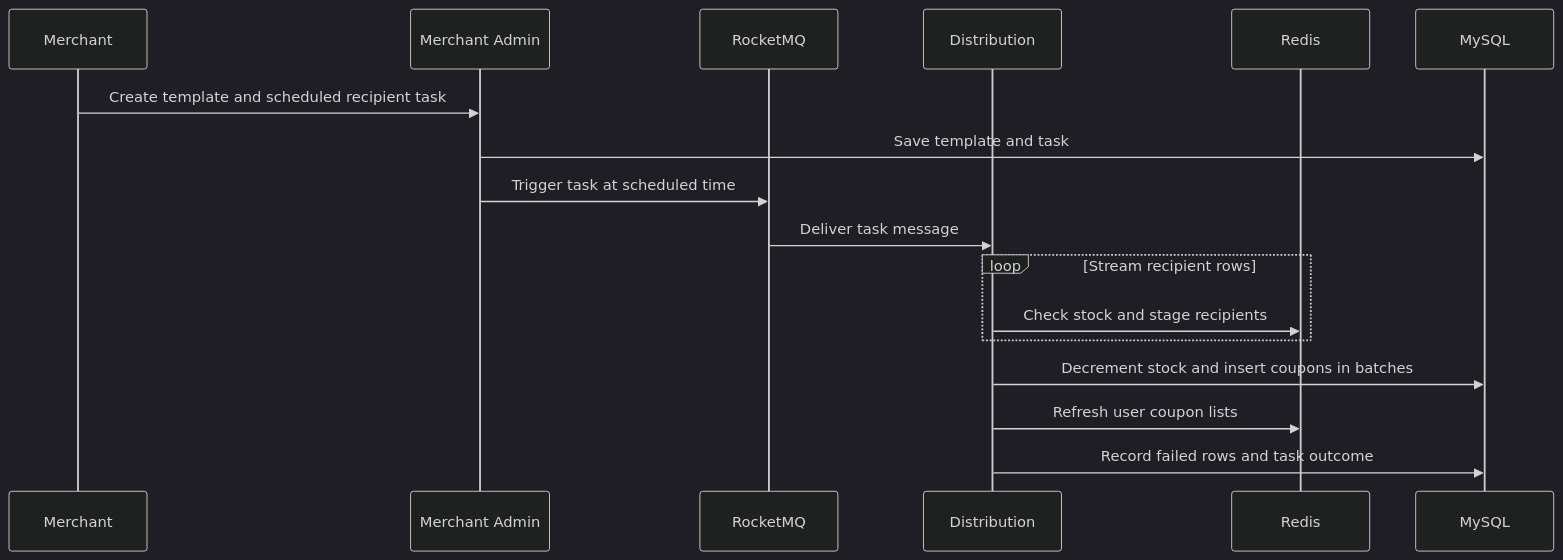
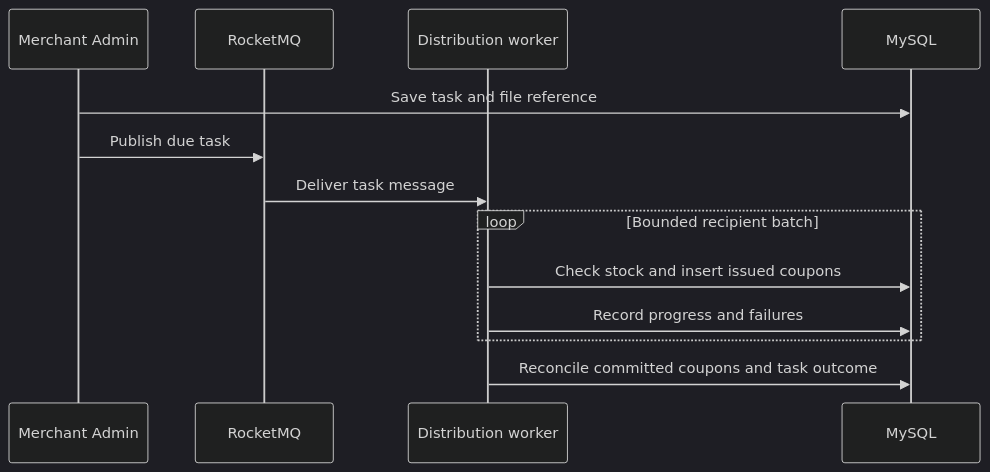
Before and after one commit to aimee-RH/distributed-coupon-system: the second of 2 diagrams in docs/architecture.md, drawn with Mermaid (dark theme). The commit also changed other lines of this file and 16 other files, not shown here.

````diff
--- a/docs/architecture.md
+++ b/docs/architecture.md
@@ -16,19 +48,15 @@
-```mermaid
+~~~mermaid
 sequenceDiagram
-  participant M as Merchant
   participant A as Merchant Admin
   participant Q as RocketMQ
-  participant D as Distribution
-  participant R as Redis
+  participant D as Distribution worker
   participant DB as MySQL
-  M->>A: Create template and scheduled recipient task
-  A->>DB: Save template and task
-  A->>Q: Trigger task at scheduled time
+  A->>DB: Save task and file reference
+  A->>Q: Publish due task
   Q->>D: Deliver task message
-  loop Stream recipient rows
-    D->>R: Check stock and stage recipients
+  loop Bounded recipient batch
+    D->>DB: Check stock and insert issued coupons
+    D->>DB: Record progress and failures
   end
-  D->>DB: Decrement stock and insert coupons in batches
-  D->>R: Refresh user coupon lists
-  D->>DB: Record failed rows and task outcome
-```
+  D->>DB: Reconcile committed coupons and task outcome
+~~~
````
